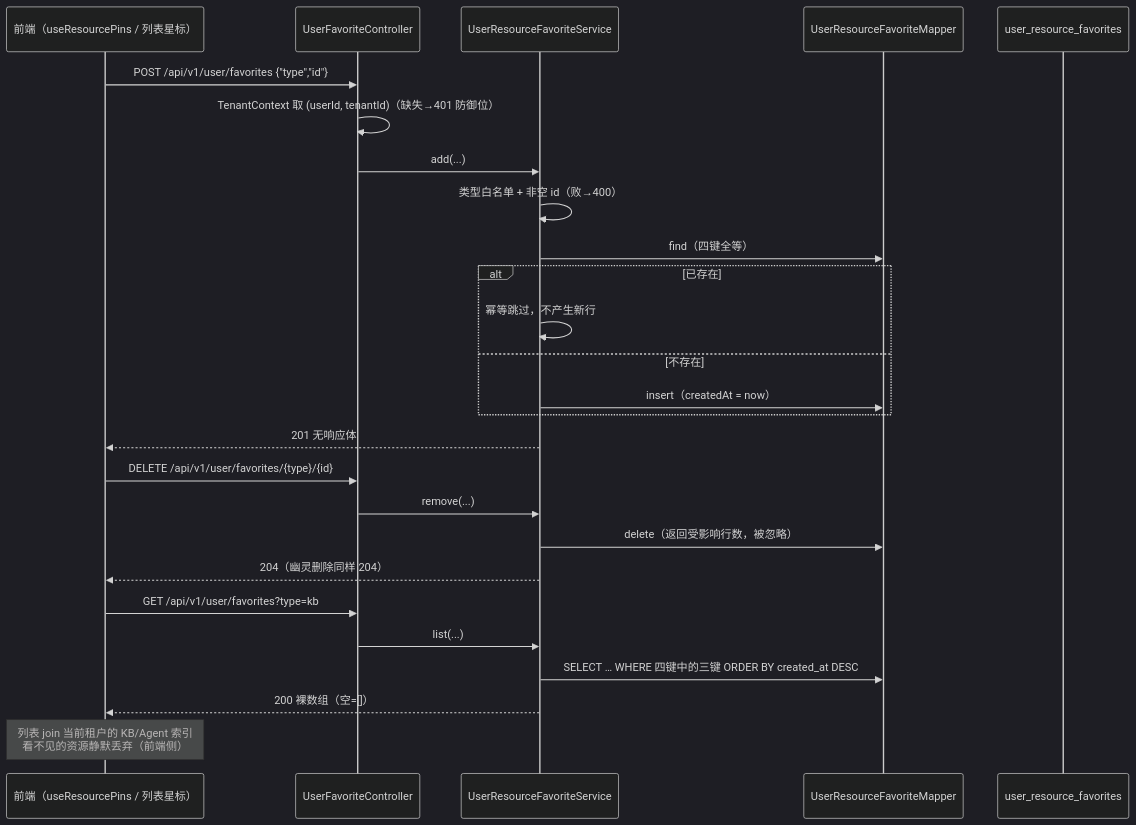
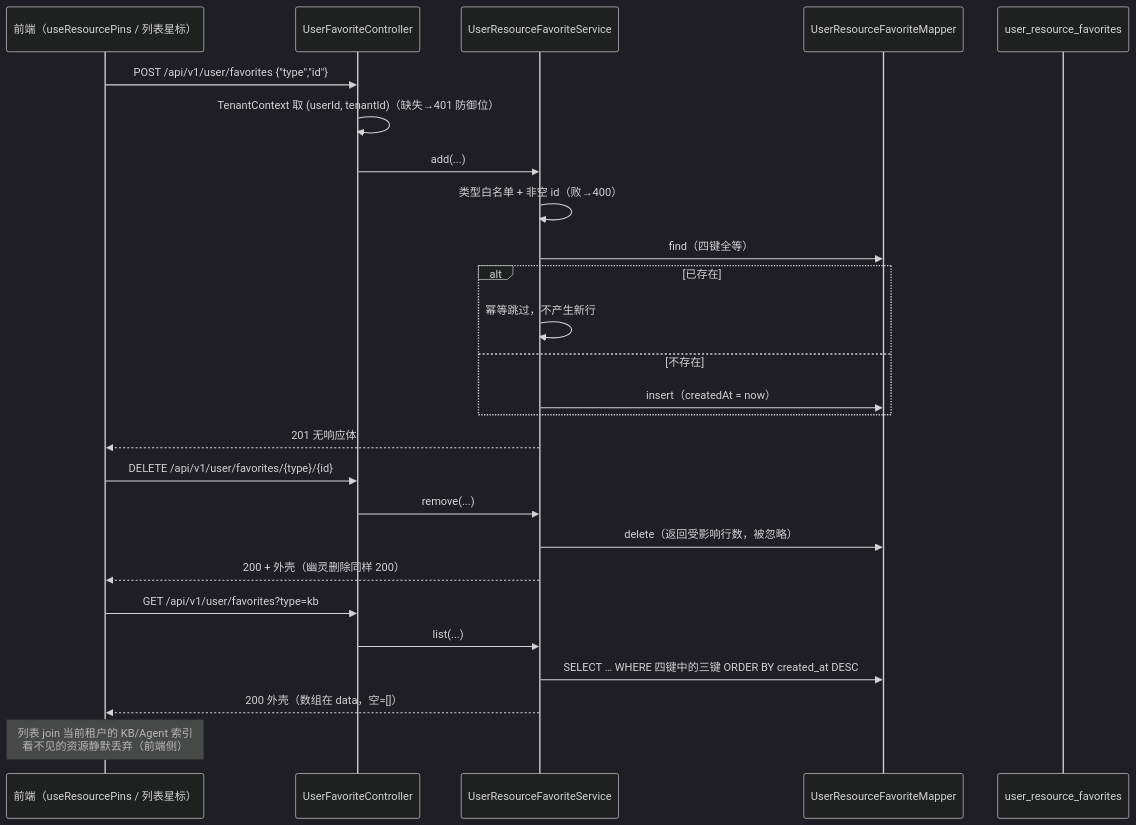
One commit to pmbilly/ragagent changed the fourth of 4 diagrams in docs/favorite-module-guide.md. Above: the diagram before and after it, drawn with Mermaid (dark theme). The commit also changed other lines of this file and 36 other files, not shown here.

````diff
--- a/docs/favorite-module-guide.md
+++ b/docs/favorite-module-guide.md
@@ -158,31 +158,31 @@
 ```mermaid
 sequenceDiagram
     participant FE as 前端（useResourcePins / 列表星标）
     participant C as UserFavoriteController
     participant S as UserResourceFavoriteService
     participant M as UserResourceFavoriteMapper
     participant DB as user_resource_favorites
 
     FE->>C: POST /api/v1/user/favorites {"type","id"}
     C->>C: TenantContext 取 (userId, tenantId)（缺失→401 防御位）
     C->>S: add(...)
     S->>S: 类型白名单 + 非空 id（败→400）
     S->>M: find（四键全等）
     alt 已存在
         S->>S: 幂等跳过，不产生新行
     else 不存在
         S->>M: insert（createdAt = now）
     end
     S-->>FE: 201 无响应体
 
     FE->>C: DELETE /api/v1/user/favorites/{type}/{id}
     C->>S: remove(...)
     S->>M: delete（返回受影响行数，被忽略）
-    S-->>FE: 204（幽灵删除同样 204）
+    S-->>FE: 200 + 外壳（幽灵删除同样 200）
 
     FE->>C: GET /api/v1/user/favorites?type=kb
     C->>S: list(...)
     S->>M: SELECT … WHERE 四键中的三键 ORDER BY created_at DESC
-    S-->>FE: 200 裸数组（空=[]）
+    S-->>FE: 200 外壳（数组在 data，空=[]）
     Note over FE: 列表 join 当前租户的 KB/Agent 索引<br/>看不见的资源静默丢弃（前端侧）
 ```
````
